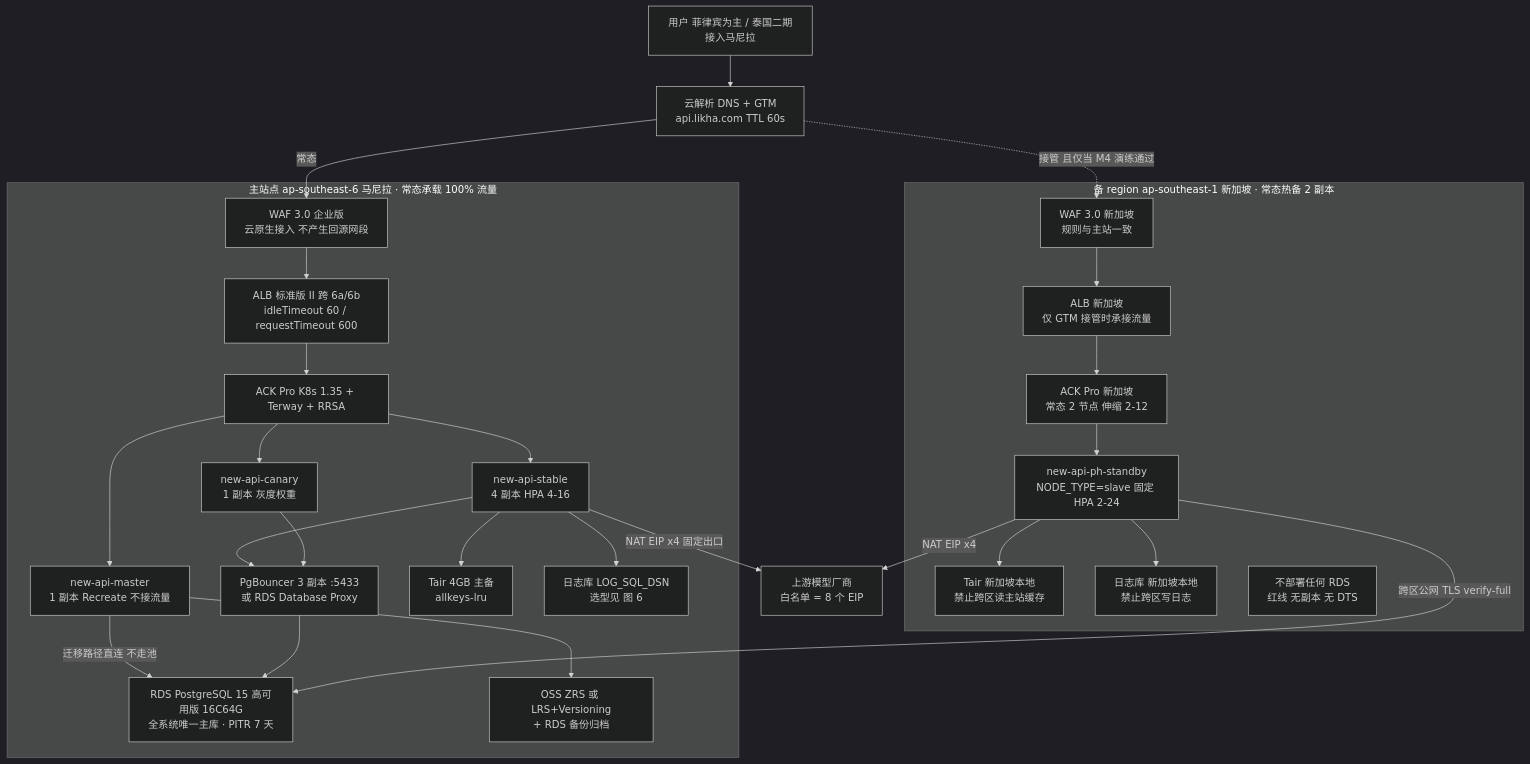
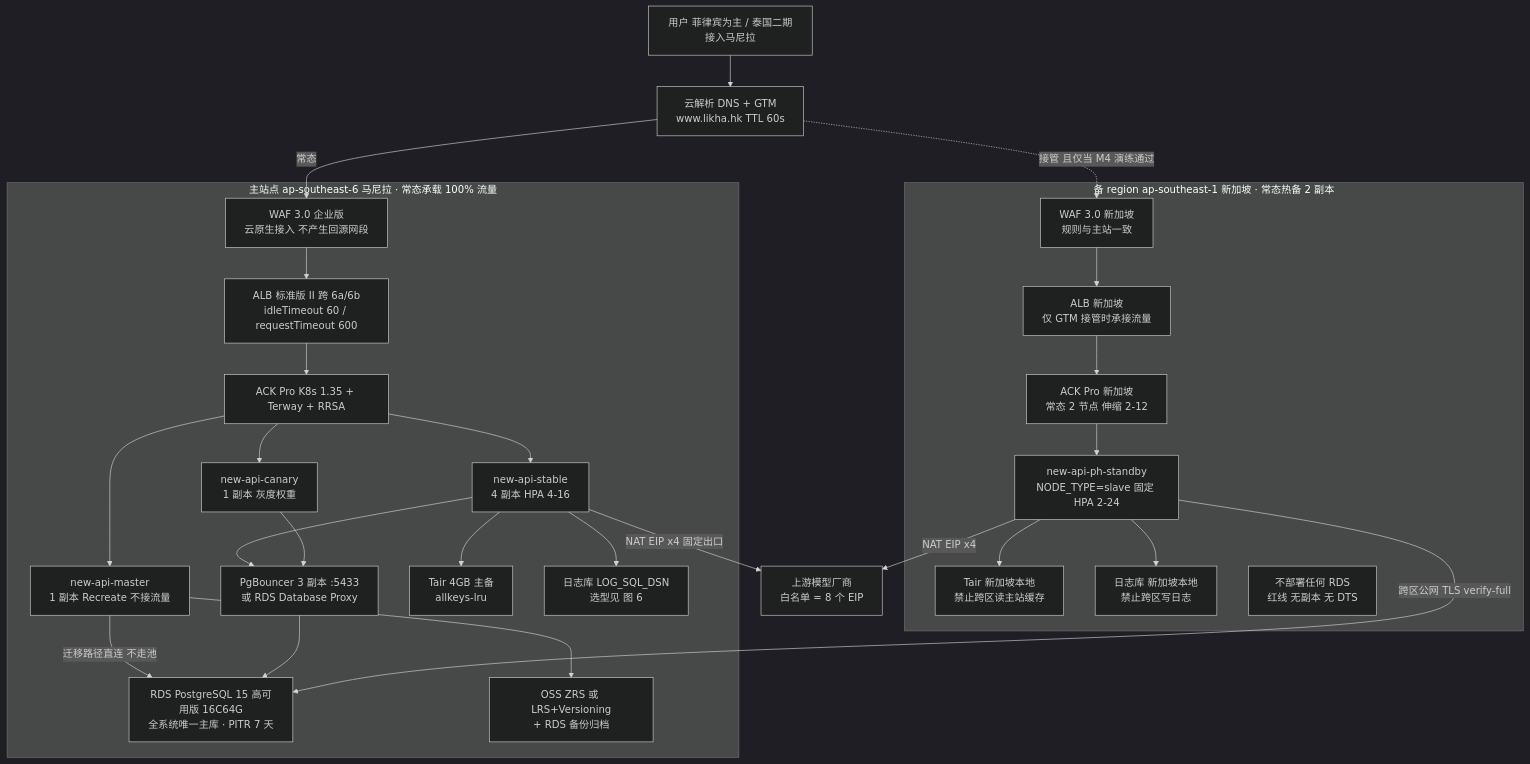
The first of 3 diagrams in .ch-parts/src2.md (yanxuewei/new-api-yxw), drawn with Mermaid (dark theme) before and after one commit. The commit also changed other lines of this file and 95 other files, not shown here.

Commit message:
docs(deploy): 全站域名口径由 likha.com 统一替换为 likha.hk

````diff
--- a/.ch-parts/src2.md
+++ b/.ch-parts/src2.md
@@ -7,49 +7,49 @@
 ```mermaid
 flowchart TB
   U["用户 菲律宾为主 / 泰国二期接入马尼拉"]
-  DNS["云解析 DNS + GTM<br/>api.likha.com TTL 60s"]
+  DNS["云解析 DNS + GTM<br/>www.likha.hk TTL 60s"]
   U --> DNS
 
   subgraph MNL["主站点 ap-southeast-6 马尼拉 · 常态承载 100% 流量"]
     WAFM["WAF 3.0 企业版<br/>云原生接入 不产生回源网段"]
     ALBM["ALB 标准版 II 跨 6a/6b<br/>idleTimeout 60 / requestTimeout 600"]
     ACKM["ACK Pro K8s 1.35 + Terway + RRSA"]
     STB["new-api-stable<br/>4 副本 HPA 4-16"]
     CNY["new-api-canary<br/>1 副本 灰度权重"]
     MAS["new-api-master<br/>1 副本 Recreate 不接流量"]
     PGB["PgBouncer 3 副本 :5433<br/>或 RDS Database Proxy"]
     RDS["RDS PostgreSQL 15 高可用版 16C64G<br/>全系统唯一主库 · PITR 7 天"]
     TAIRM["Tair 4GB 主备<br/>allkeys-lru"]
     OSSM["OSS ZRS 或 LRS+Versioning<br/>+ RDS 备份归档"]
     LOGM["日志库 LOG_SQL_DSN<br/>选型见 图 6"]
   end
 
   subgraph SG["备 region ap-southeast-1 新加坡 · 常态热备 2 副本"]
     WAFS["WAF 3.0 新加坡<br/>规则与主站一致"]
     ALBS["ALB 新加坡<br/>仅 GTM 接管时承接流量"]
     ACKS["ACK Pro 新加坡<br/>常态 2 节点 伸缩 2-12"]
     STB2["new-api-ph-standby<br/>NODE_TYPE=slave 固定 HPA 2-24"]
     TAIRS["Tair 新加坡本地<br/>禁止跨区读主站缓存"]
     LOGS["日志库 新加坡本地<br/>禁止跨区写日志"]
     NORDS["不部署任何 RDS<br/>红线 无副本 无 DTS"]
   end
 
   DNS -->|常态| WAFM --> ALBM --> ACKM
   DNS -.->|接管 且仅当 M4 演练通过| WAFS --> ALBS --> ACKS
   ACKM --> STB
   ACKM --> CNY
   ACKM --> MAS
   ACKS --> STB2
   STB --> PGB
   CNY --> PGB
   MAS -->|迁移路径直连 不走池| RDS
   PGB --> RDS
   STB2 -->|"跨区公网 TLS verify-full"| RDS
   STB --> TAIRM
   STB2 --> TAIRS
   STB --> LOGM
   STB2 --> LOGS
   MAS --> OSSM
   STB -->|NAT EIP x4 固定出口| UP["上游模型厂商<br/>白名单 = 8 个 EIP"]
   STB2 -->|NAT EIP x4| UP
 ```
````
